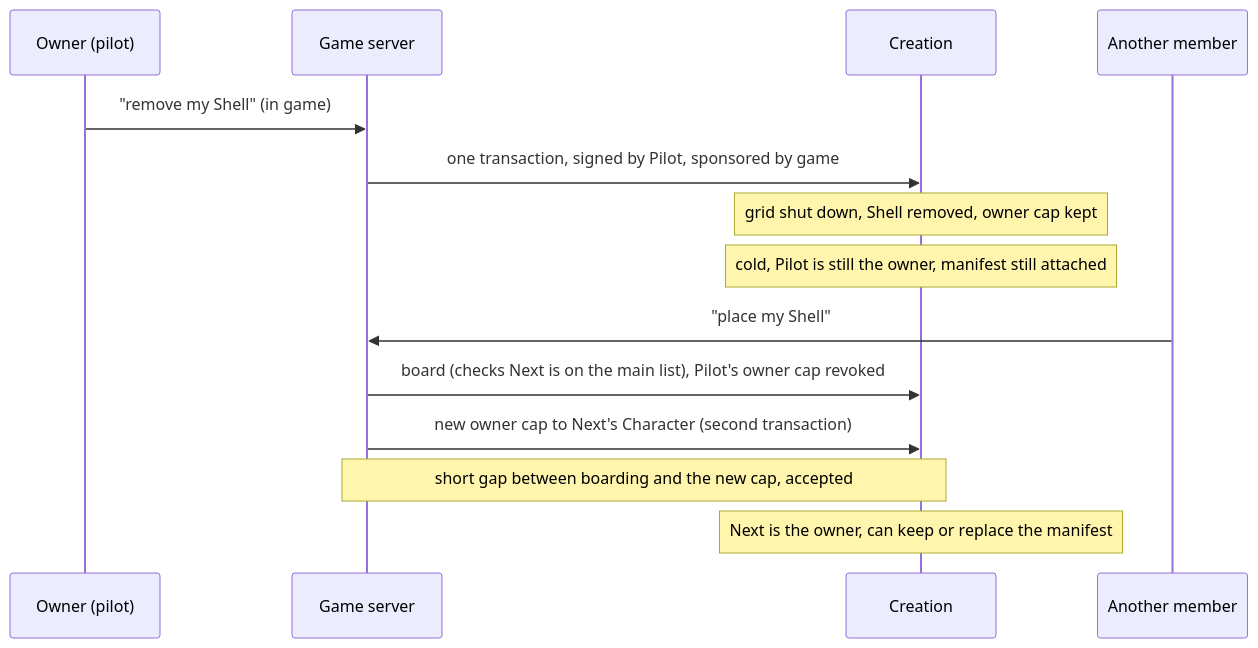
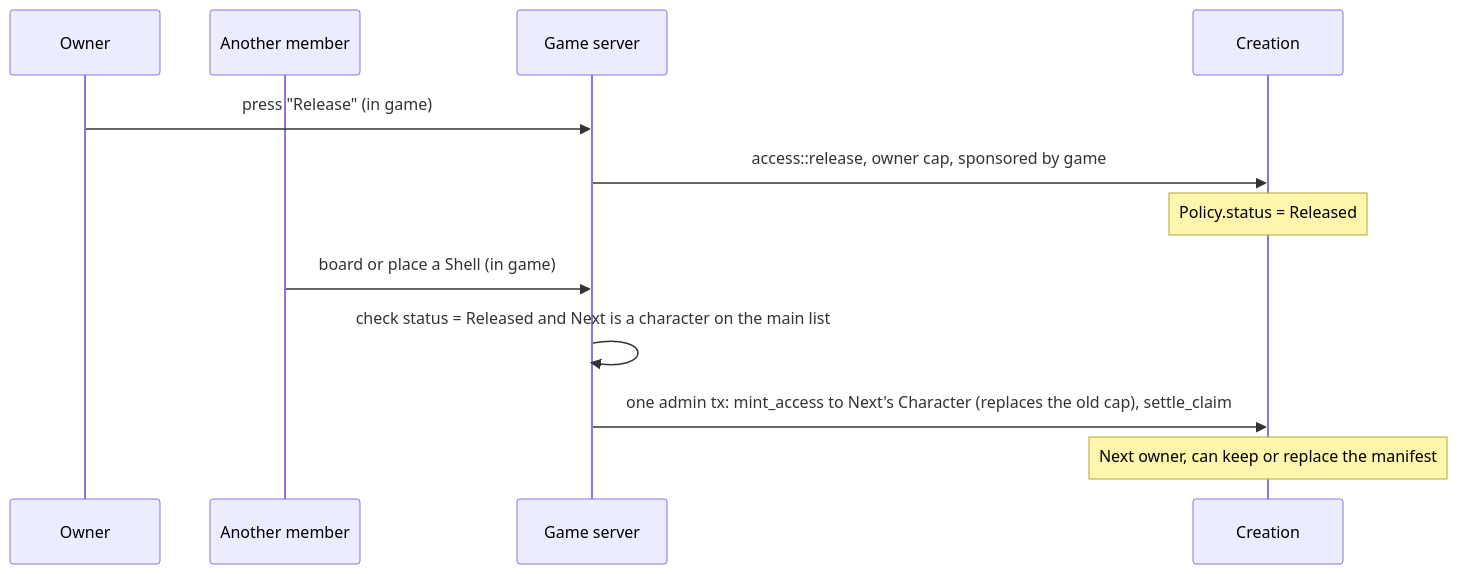
The third of 7 diagrams in docs/adr/0007-access-control.md (evefrontier/world-contracts), drawn with Mermaid before and after one commit. The commit also changed other lines of this file and 1 other file, not shown here.

Commit message:
docs(adr): creations without shells; release, claim and abandon ownership

````diff
--- a/docs/adr/0007-access-control.md
+++ b/docs/adr/0007-access-control.md
@@ -104,17 +110,15 @@
 ```mermaid
 sequenceDiagram
-    participant Pilot as Owner (pilot)
+    participant Owner
+    participant Next as Another member
     participant Game as Game server
     participant Chain as Creation
-    participant Next as Another member
 
-    Pilot->>Game: "remove my Shell" (in game)
-    Game->>Chain: one transaction, signed by Pilot, sponsored by game
-    Note over Chain: grid shut down, Shell removed, owner cap kept
-    Note over Chain: cold, Pilot is still the owner, manifest still attached
-    Next->>Game: "place my Shell"
-    Game->>Chain: board (checks Next is on the main list), Pilot's owner cap revoked
-    Game->>Chain: new owner cap to Next's Character (second transaction)
-    Note over Game,Chain: short gap between boarding and the new cap, accepted
-    Note over Chain: Next is the owner, can keep or replace the manifest
+    Owner->>Game: press "Release" (in game)
+    Game->>Chain: access::release, owner cap, sponsored by game
+    Note over Chain: Policy.status = Released
+    Next->>Game: board or place a Shell (in game)
+    Game->>Game: check status = Released and Next is a character on the main list
+    Game->>Chain: one admin tx: mint_access to Next's Character (replaces the old cap), settle_claim
+    Note over Chain: Next owner, can keep or replace the manifest
 ```
````
